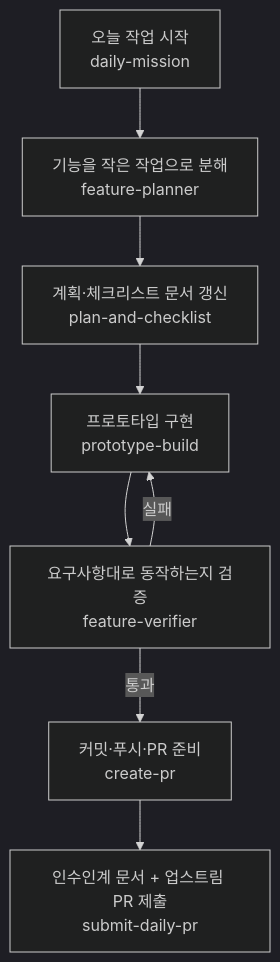
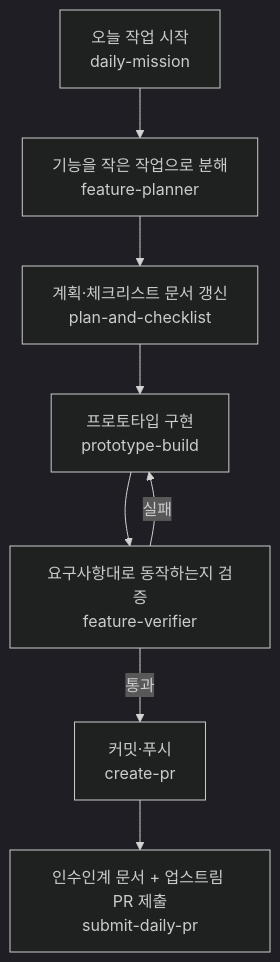
One commit to Mureung1/hub-showcase changed the first of 4 diagrams in docs/ai-workflow.md. Above: the diagram before and after it, drawn with Mermaid (dark theme). The commit also changed other lines of this file and 9 other files, not shown here.

Commit message:
docs: Agent 협업 워크플로우 완성(배포 루프·읽기 경로·안전장치) + 데모 시나리오 신설 + README 기술 선택 근거 + showcase 대표 이미지를 실제 서비스 화면으로 교체

````diff
--- a/docs/ai-workflow.md
+++ b/docs/ai-workflow.md
@@ -8,10 +24,10 @@
 ```mermaid
 flowchart TD
   A["오늘 작업 시작<br/>daily-mission"] --> B["기능을 작은 작업으로 분해<br/>feature-planner"]
   B --> C["계획·체크리스트 문서 갱신<br/>plan-and-checklist"]
   C --> D["프로토타입 구현<br/>prototype-build"]
   D --> E["요구사항대로 동작하는지 검증<br/>feature-verifier"]
   E -->|실패| D
-  E -->|통과| F["커밋·푸시·PR 준비<br/>create-pr"]
+  E -->|통과| F["커밋·푸시<br/>create-pr"]
   F --> G["인수인계 문서 + 업스트림 PR 제출<br/>submit-daily-pr"]
 ```
````
